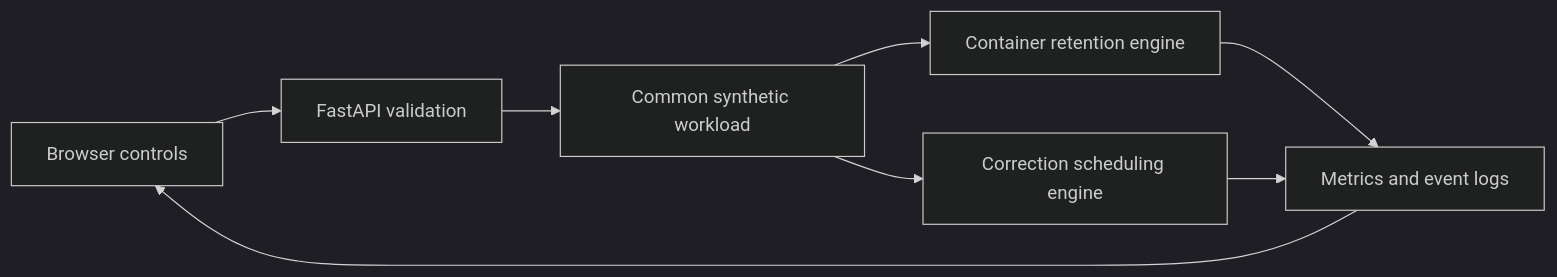
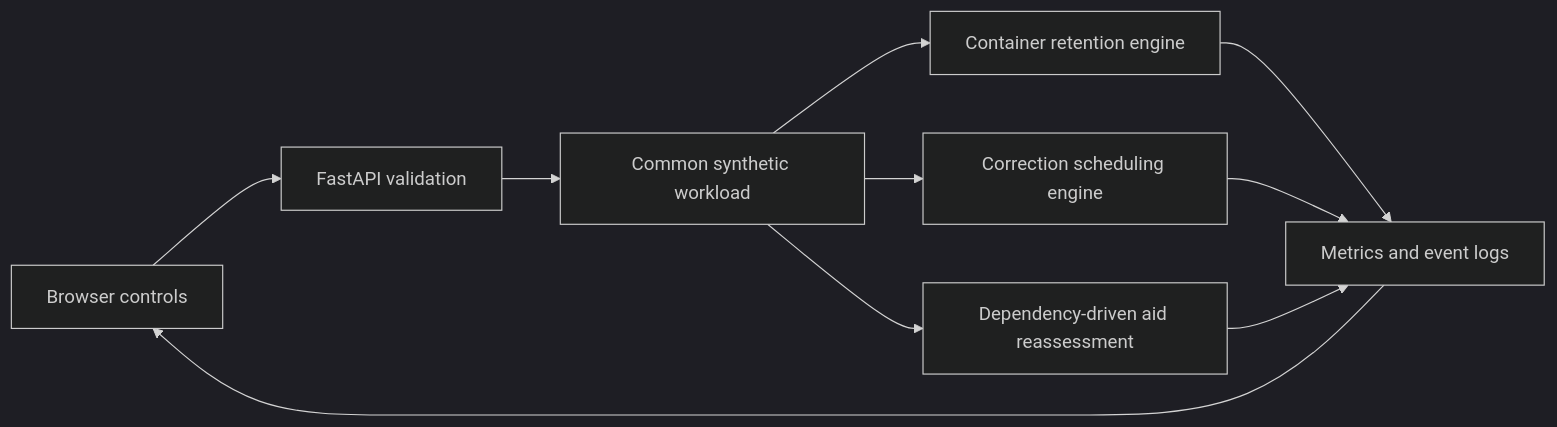
One commit to AdvayV/ServerLess-Arch changed the first of 2 diagrams in ARCHITECTURE.md. Above: the diagram before and after it, drawn with Mermaid (dark theme). The commit also changed other lines of this file and 16 other files, not shown here.

Commit message:
Implement dependency-driven student aid reassessment

````diff
--- a/ARCHITECTURE.md
+++ b/ARCHITECTURE.md
@@ -5,10 +5,12 @@
 ```mermaid
 flowchart LR
     UI[Browser controls] --> API[FastAPI validation]
     API --> Input[Common synthetic workload]
     Input --> Warm[Container retention engine]
     Input --> Correction[Correction scheduling engine]
     Warm --> Output[Metrics and event logs]
     Correction --> Output
+    Input --> Aid[Dependency-driven aid reassessment]
+    Aid --> Output
     Output --> UI
 ```
````
